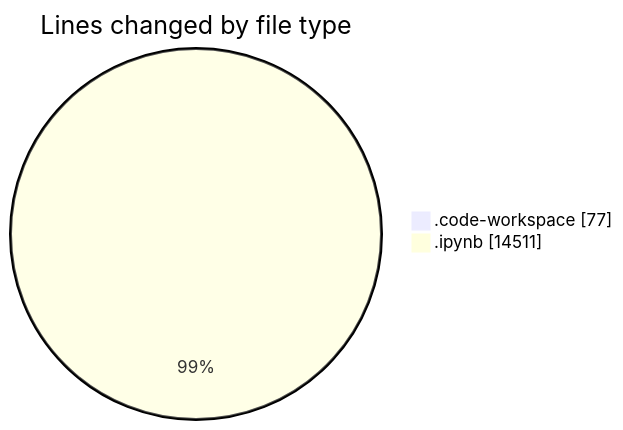
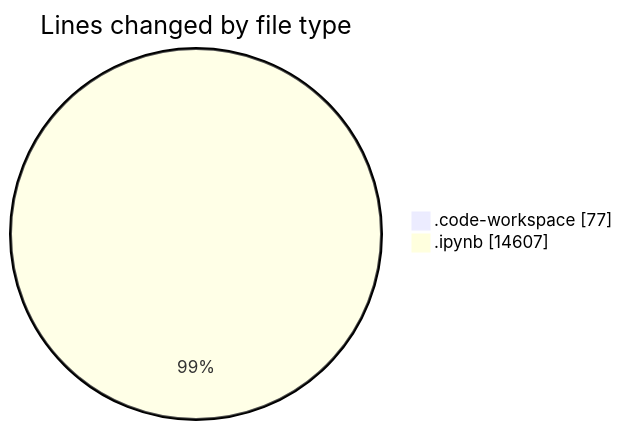
One commit to MatusMokan/code-tracking changed the first of 2 diagrams in 2025-03-14/myws__workspace_/README.md. Above: the diagram before and after it, drawn with Mermaid. The commit also changed other lines of this file and 1 other file, not shown here.

````diff
--- a/2025-03-14/myws__workspace_/README.md
+++ b/2025-03-14/myws__workspace_/README.md
@@ -21,6 +21,6 @@
 ```mermaid
 pie showData
 title Lines changed by file type
 ".code-workspace" : 77
-".ipynb" : 14511
+".ipynb" : 14607
 ```
````
